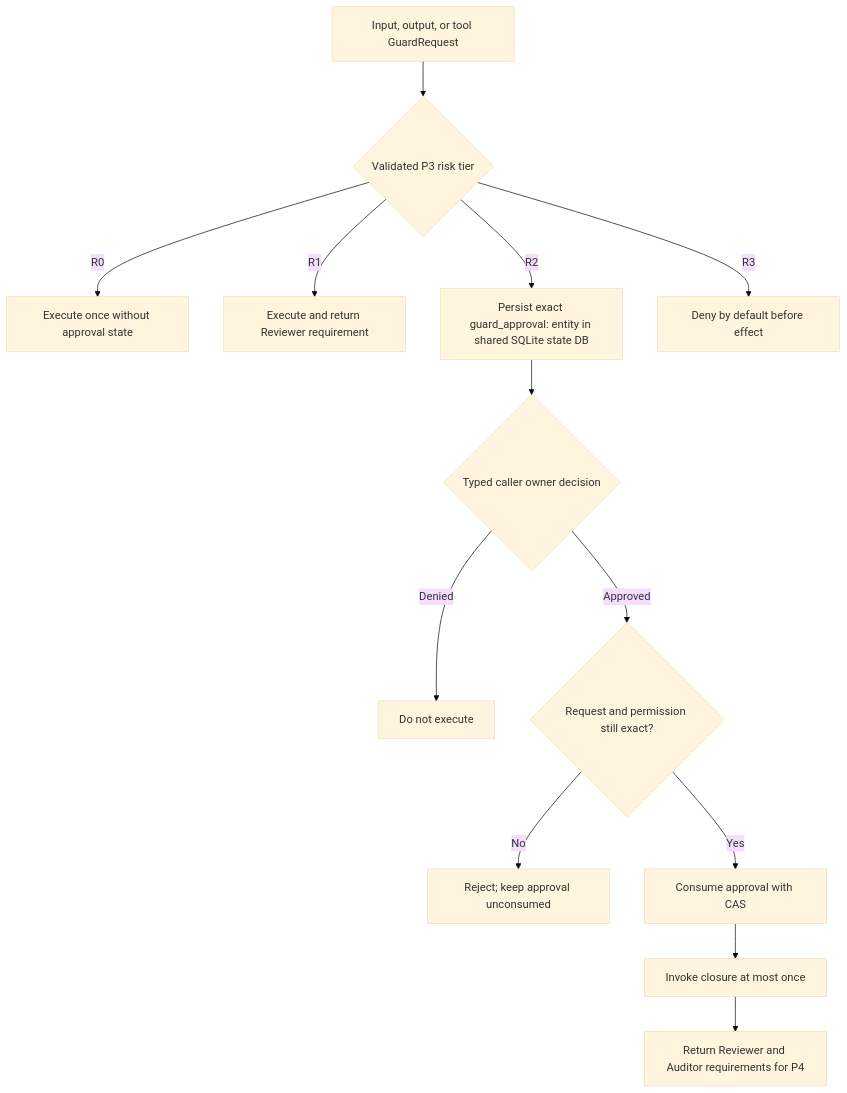
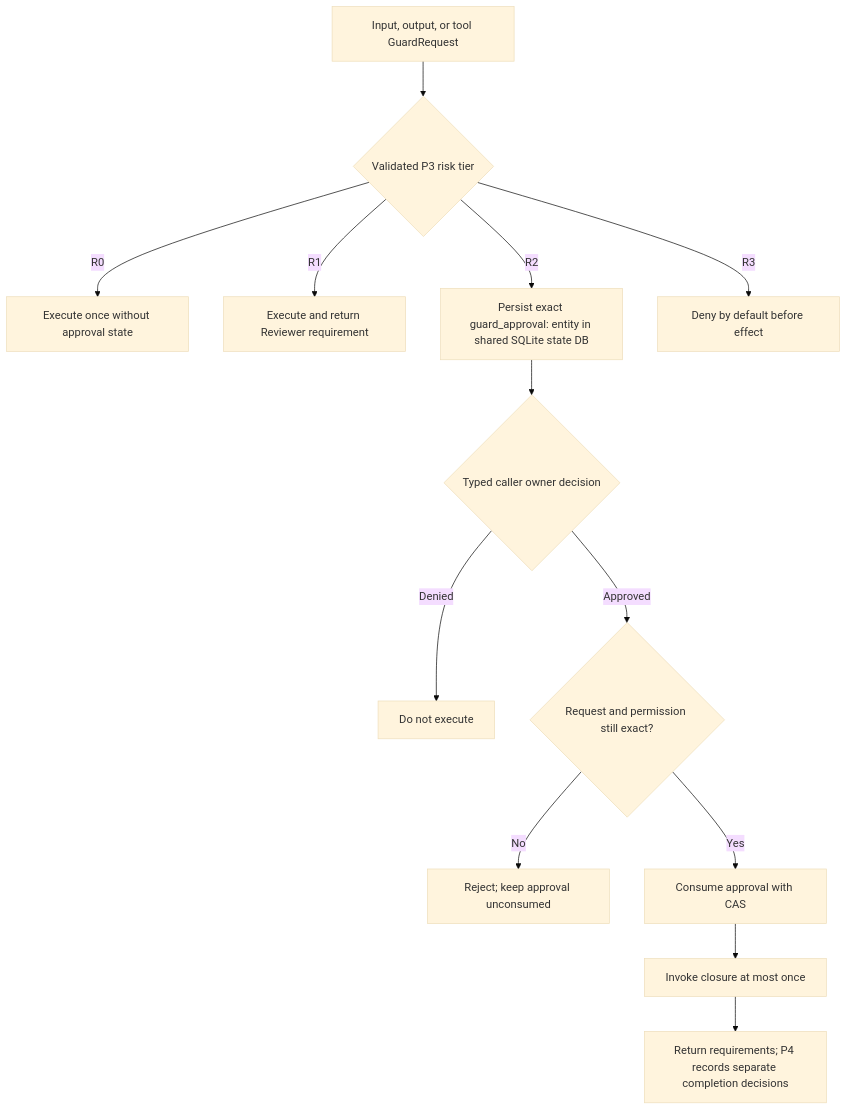
Diagram 13 of 15 in docs/system-workflows.md (nattawatpuntachot52/ovca-core), drawn with Mermaid (base theme) before and after one commit. The commit also changed other lines of this file and 10 other files, not shown here.

````diff
--- a/docs/system-workflows.md
+++ b/docs/system-workflows.md
@@ -547,15 +547,15 @@
 ```mermaid
 flowchart TD
     Guard["Input, output, or tool GuardRequest"] --> Policy{"Validated P3 risk tier"}
     Policy -->|"R0"| Allow["Execute once without approval state"]
     Policy -->|"R1"| ReviewGate["Execute and return Reviewer requirement"]
     Policy -->|"R2"| Pause["Persist exact guard_approval: entity in shared SQLite state DB"]
     Policy -->|"R3"| Deny["Deny by default before effect"]
     Pause --> Owner{"Typed caller owner decision"}
     Owner -->|"Denied"| Stop["Do not execute"]
     Owner -->|"Approved"| Exact{"Request and permission still exact?"}
     Exact -->|"No"| Mismatch["Reject; keep approval unconsumed"]
     Exact -->|"Yes"| Consume["Consume approval with CAS"]
     Consume --> Effect["Invoke closure at most once"]
-    Effect --> Downstream["Return Reviewer and Auditor requirements for P4"]
+    Effect --> Downstream["Return requirements; P4 records separate completion decisions"]
 ```
````
